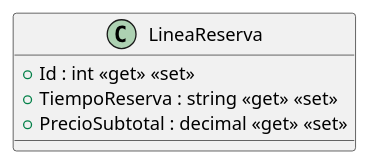
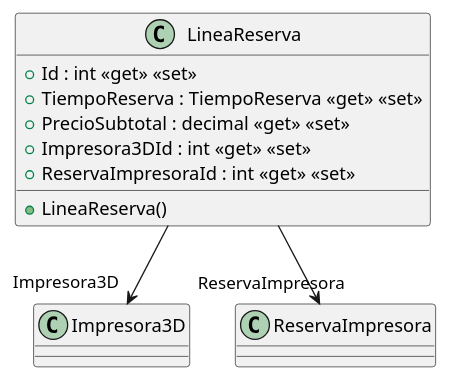
One commit to ISII2627Cazabichos/ISII2627Cazabichos changed the diagram in src/AppForSEII.API/ClassDiagram/LineaReserva.puml. Above: the diagram before and after it, drawn with PlantUML. The commit also changed 4 other files, not shown here.

Commit message:
Añadir diagrama de clases de reservas

```diff
--- a/src/AppForSEII.API/ClassDiagram/LineaReserva.puml
+++ b/src/AppForSEII.API/ClassDiagram/LineaReserva.puml
@@ -1,7 +1,12 @@
 @startuml
 class LineaReserva {
+    + LineaReserva()
     + Id : int <<get>> <<set>>
-    + TiempoReserva : string <<get>> <<set>>
+    + TiempoReserva : TiempoReserva <<get>> <<set>>
     + PrecioSubtotal : decimal <<get>> <<set>>
+    + Impresora3DId : int <<get>> <<set>>
+    + ReservaImpresoraId : int <<get>> <<set>>
 }
+LineaReserva --> "Impresora3D" Impresora3D
+LineaReserva --> "ReservaImpresora" ReservaImpresora
 @enduml
```
